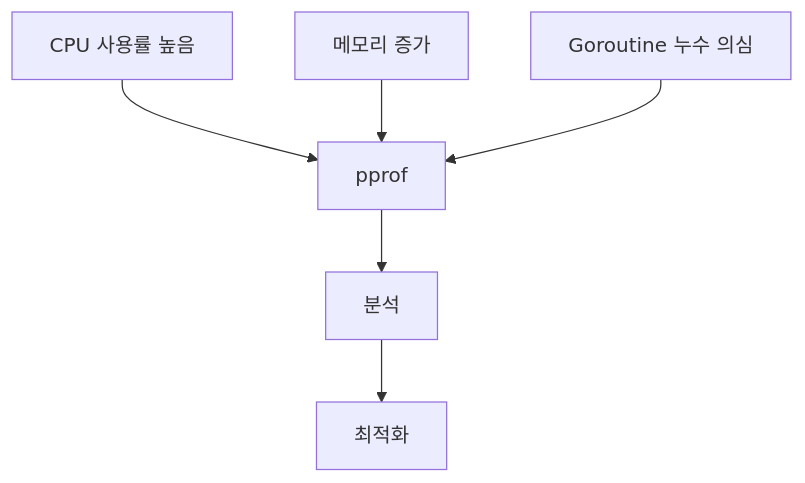
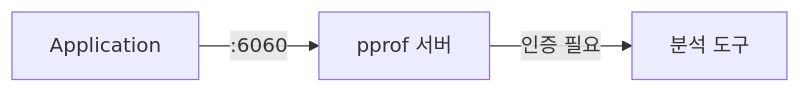
Before and after one commit to KimSeogyu/KimSeogyu.github.io: the fifth of 7 diagrams in src/content/backend/go/enterprise-go-8-observability.md, drawn with Mermaid. The commit also changed other lines of this file and 7 other files, not shown here.

````diff
--- a/src/content/backend/go/enterprise-go-8-observability.md
+++ b/src/content/backend/go/enterprise-go-8-observability.md
@@ -218,9 +170,5 @@
 ```mermaid
-graph TD
-    P1[CPU 사용률 높음] --> PPROF[pprof]
-    P2[메모리 증가] --> PPROF
-    P3[Goroutine 누수 의심] --> PPROF
-    
-    PPROF --> ANALYZE[분석]
-    ANALYZE --> FIX[최적화]
+graph LR
+    APP[Application] -->|":6060"| PPROF[pprof 서버]
+    PPROF -->|인증 필요| ANALYSIS[분석 도구]
 ```
````
